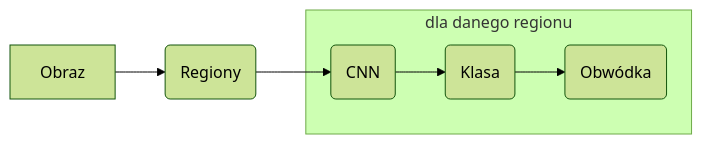
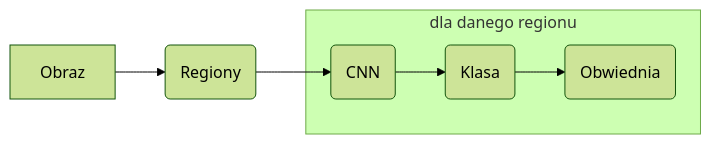
Before and after one commit to rzadp/badminton-monorepo: the diagram in thesis/chapters/podejscie/mask_r-cnn/r-cnn.mmd, drawn with Mermaid (forest theme). The commit also changed 5 other files, not shown here.

```diff
--- a/thesis/chapters/podejscie/mask_r-cnn/r-cnn.mmd
+++ b/thesis/chapters/podejscie/mask_r-cnn/r-cnn.mmd
@@ -1,22 +1,22 @@
 graph LR
 
 %% ...::: NODES :::...
 
 input[Obraz]
 region_proposals(Regiony)
 cnn(CNN)
 svm_classification(Klasa)
-bounding_box_improvement(Obwódka)
+bounding_box_improvement(Obwiednia)
 
 %% ...::: STYLING :::...
 
 %% style input fill:#bddaff,stroke:#4294ff
 
 %% ...::: FLOWS :::...
 
 input-->region_proposals
 region_proposals-->cnn
 subgraph dla danego regionu
   cnn-->svm_classification
   svm_classification-->bounding_box_improvement
 end
```
